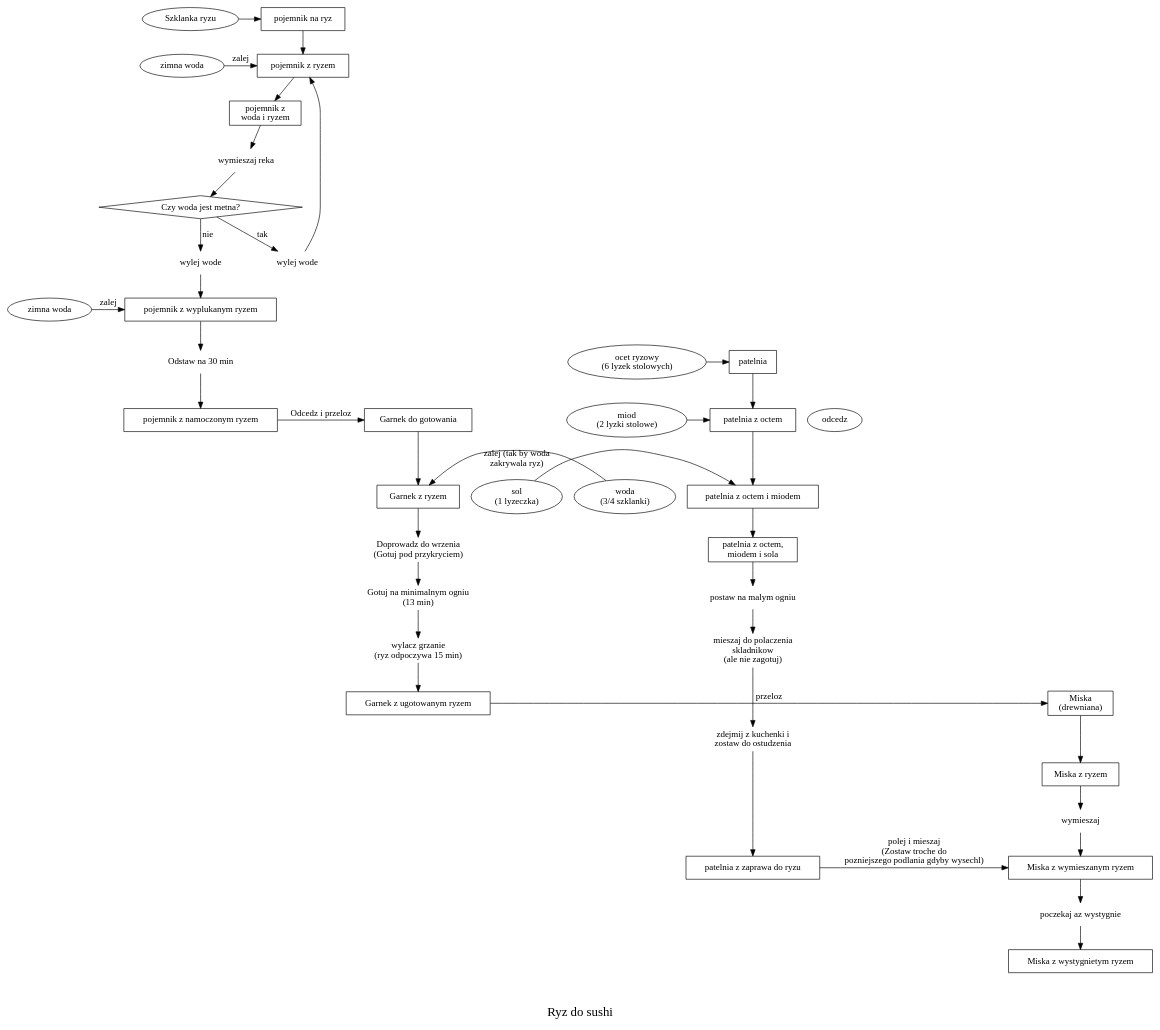
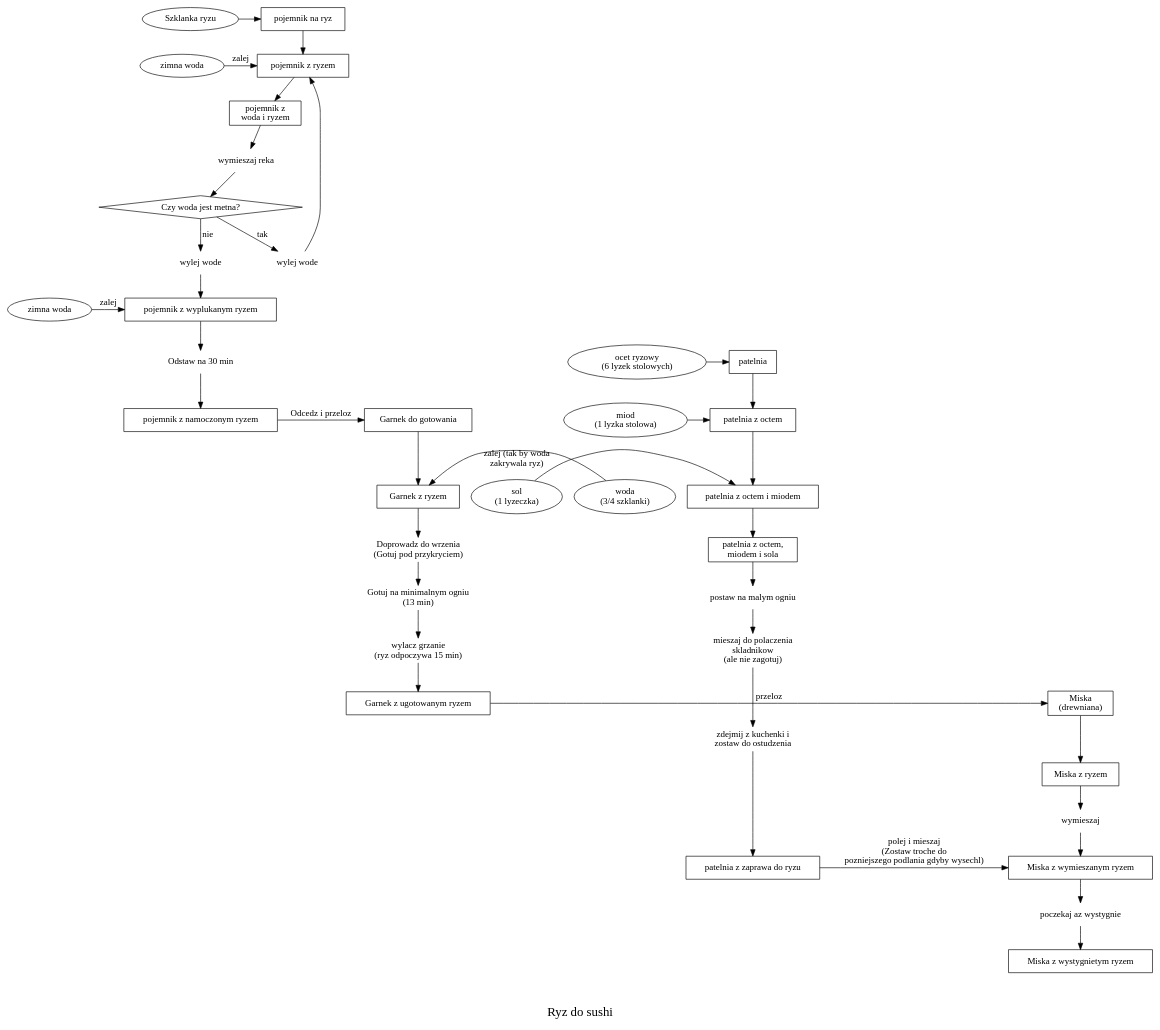
Before and after one commit to yetanotherdeveloper/cooking-reciepes-as-graphs: the diagram in sushi/ryz.dot, drawn with Graphviz.

Commit message:
cosmetics

```diff
--- a/sushi/ryz.dot
+++ b/sushi/ryz.dot
@@ -1,77 +1,77 @@
 
 digraph G {
   fontsize=20
   label="\n\nRyz do sushi"
   URL="https://www.youtube.com/watch?v=l3D-AV_AYyo&t=226s"
   {rank=same ryz,pojemnik}
   {rank=same woda,pojemnik2}
   {rank=same woda2,pojemnik4}
-  {rank=same odcedz,pojemnik5,garnek}
+  {rank=same pojemnik5,garnek}
   {rank=same odstaw,ocet,patelnia}
   {rank=same miod,patelnia2}
   {rank=same woda3,garnek2}
   {rank=same sol,patelnia3}
   {rank=same garnek3,miska}
   {rank=same patelnia5,miska3}
   ryz[label="Szklanka ryzu"]
   woda[label="zimna woda"]
   woda2[label="zimna woda"]
   woda3[label="woda \n(3/4 szklanki)"]
-  miod[label="miod\n(2 lyzki stolowe)"]
+  miod[label="miod\n(1 lyzka stolowa)"]
   ocet[label="ocet ryzowy\n(6 lyzek stolowych)"]
   sol[label="sol\n(1 lyzeczka)"]
   mieszaj[label="wymieszaj reka",shape=none]
   wymieszaj[label="wymieszaj",shape=none]
   mieszaj3[label="mieszaj do polaczenia\n skladnikow\n(ale nie zagotuj)",shape=none]
   wylej[label="wylej wode",shape=none]
   wylej2[label="wylej wode",shape=none]
   podgrzej[label="postaw na malym ogniu",shape=none]
   metna[label="Czy woda jest metna?",shape=diamond]
   ostodz[label="zdejmij z kuchenki i\nzostaw do ostudzenia",shape=none]
   czekaj[label="poczekaj az wystygnie",shape=none]
   odstaw[label="Odstaw na 30 min",shape=none]
   gotuj1[label="Doprowadz do wrzenia\n(Gotuj pod przykryciem)",shape=none]
   gotuj2[label="Gotuj na minimalnym ogniu\n(13 min)",shape=none]
   gotuj3[label="wylacz grzanie \n(ryz odpoczywa 15 min)",shape=none]
   patelnia[shape=rectangle,label="patelnia"]
   patelnia2[shape=rectangle,label="patelnia z octem"]
   patelnia3[shape=rectangle,label="patelnia z octem i miodem"]
   patelnia4[shape=rectangle,label="patelnia z octem,\n miodem i sola"]
   patelnia5[shape=rectangle,label="patelnia z zaprawa do ryzu"]
   pojemnik[shape=rectangle,label="pojemnik na ryz"]
   ryz->pojemnik
   pojemnik2[shape=rectangle,label="pojemnik z ryzem"]
   pojemnik3[shape=rectangle,label="pojemnik z \nwoda i ryzem"]
   pojemnik4[shape=rectangle,label="pojemnik z wyplukanym ryzem"]
   pojemnik5[shape=rectangle,label="pojemnik z namoczonym ryzem"]
   garnek[shape=rectangle,label="Garnek do gotowania"]
   garnek2[shape=rectangle,label="Garnek z ryzem"]
   garnek3[shape=rectangle,label="Garnek z ugotowanym ryzem"]
   miska[shape=rectangle,label="Miska\n(drewniana)"]
   miska2[shape=rectangle,label="Miska z ryzem"]
   miska3[shape=rectangle,label="Miska z wymieszanym ryzem"]
   miska4[shape=rectangle,label="Miska z wystygnietym ryzem"]
   woda->pojemnik2[label="zalej"]
   pojemnik->pojemnik2->pojemnik3->mieszaj->metna
   metna->wylej[label="tak"]
   metna->wylej2[label="nie"]
   wylej->pojemnik2
   wylej2->pojemnik4
   woda2->pojemnik4[label="zalej"] 
   pojemnik4->odstaw->pojemnik5
   ocet->patelnia
   miod->patelnia2
   sol->patelnia3->patelnia4
   patelnia->patelnia2->patelnia3
   patelnia4->podgrzej->mieszaj3->ostodz->patelnia5
   pojemnik5->garnek[label="Odcedz i przeloz"]
   garnek->garnek2
   woda3->garnek2[label="zalej (tak by woda\n zakrywala ryz)"]
   garnek2->gotuj1->gotuj2->gotuj3->garnek3
   garnek3->miska[label="przeloz"]
   miska->miska2->wymieszaj->miska3
   patelnia5->miska3[label="polej i mieszaj\n(Zostaw troche do\n pozniejszego podlania gdyby wysechl)"]
   miska3->czekaj->miska4
   
 // Odcedz , 3:44 w filmie
 }
```
